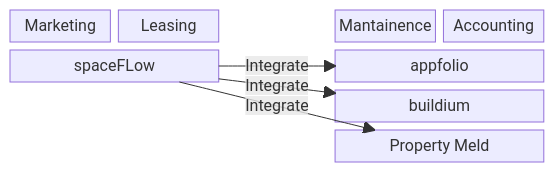
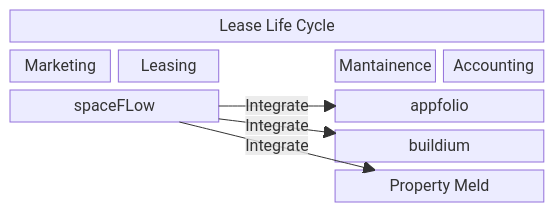
Before and after one commit to spaceFlow-US/.github: the second of 2 diagrams in profile/README.md, drawn with Mermaid.

````diff
--- a/profile/README.md
+++ b/profile/README.md
@@ -64,11 +64,12 @@
 ```mermaid
 block-beta
   columns 5
+  s["Lease Life Cycle"]:5
   a["Marketing"] b["Leasing"] space c["Mantainence"] d["Accounting"] 
   spaceFLow:2 space appfolio:2
   space:3 buildium:2
   space:3 e["Property Meld"]:2
   spaceFLow -- "Integrate" --> appfolio
   spaceFLow -- "Integrate" --> buildium
   spaceFLow -- "Integrate" --> e
 ```
````
